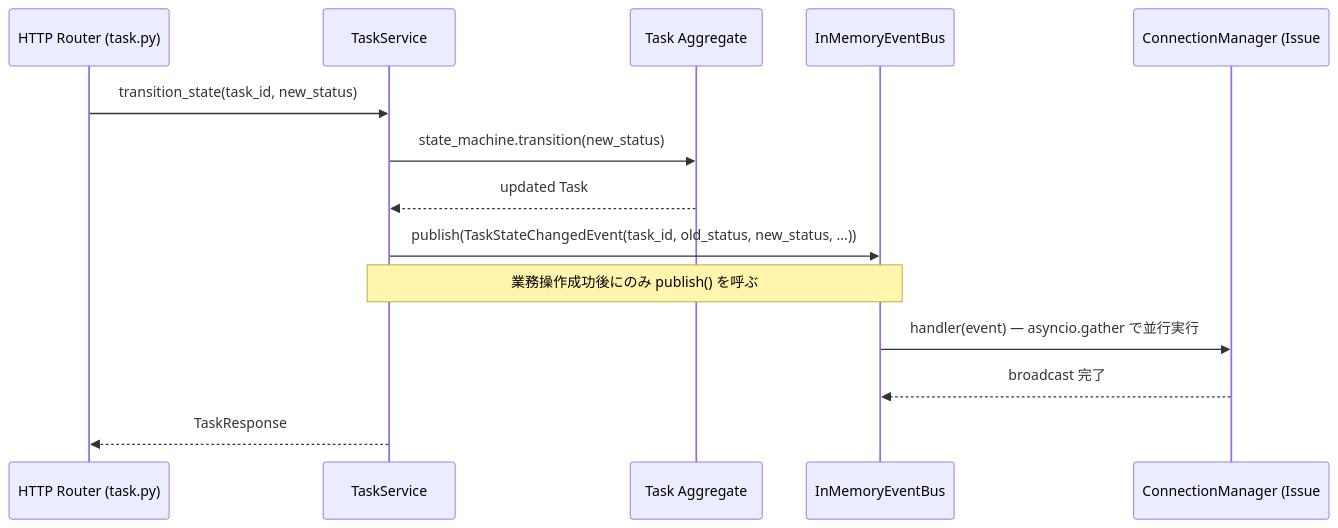
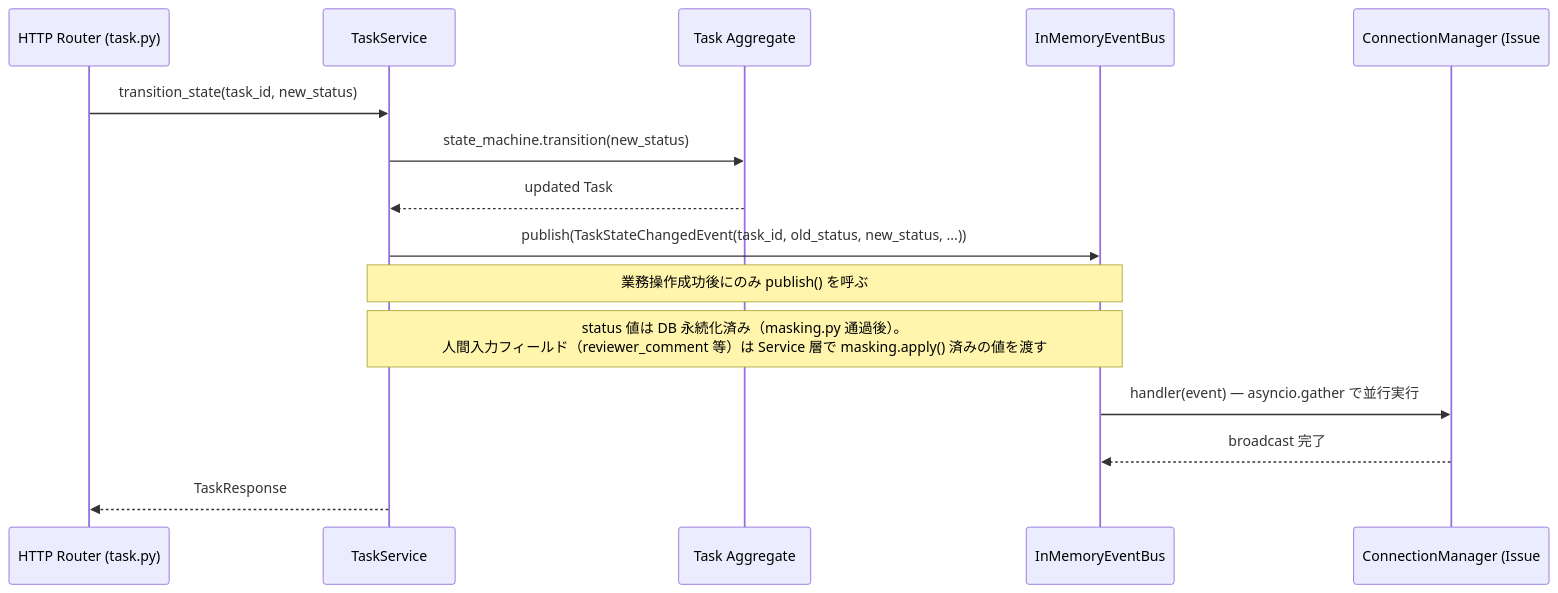
Before and after one commit to bakufu-dev/bakufu: the third of 3 diagrams in docs/features/websocket-broadcast/domain/basic-design.md, drawn with Mermaid. The commit also changed other lines of this file and 1 other file, not shown here.

````diff
--- a/docs/features/websocket-broadcast/domain/basic-design.md
+++ b/docs/features/websocket-broadcast/domain/basic-design.md
@@ -228,17 +237,18 @@
 ```mermaid
 sequenceDiagram
     participant Router as HTTP Router (task.py)
     participant TaskSvc as TaskService
     participant Task as Task Aggregate
     participant EB as InMemoryEventBus
     participant CM as ConnectionManager (Issue #159)
 
     Router->>TaskSvc: transition_state(task_id, new_status)
     TaskSvc->>Task: state_machine.transition(new_status)
     Task-->>TaskSvc: updated Task
     TaskSvc->>EB: publish(TaskStateChangedEvent(task_id, old_status, new_status, ...))
     Note over TaskSvc,EB: 業務操作成功後にのみ publish() を呼ぶ
+    Note over TaskSvc,EB: status 値は DB 永続化済み（masking.py 通過後）。<br/>人間入力フィールド（reviewer_comment 等）は Service 層で masking.apply() 済みの値を渡す
     EB->>CM: handler(event) — asyncio.gather で並行実行
     CM-->>EB: broadcast 完了
     TaskSvc-->>Router: TaskResponse
 ```
````
